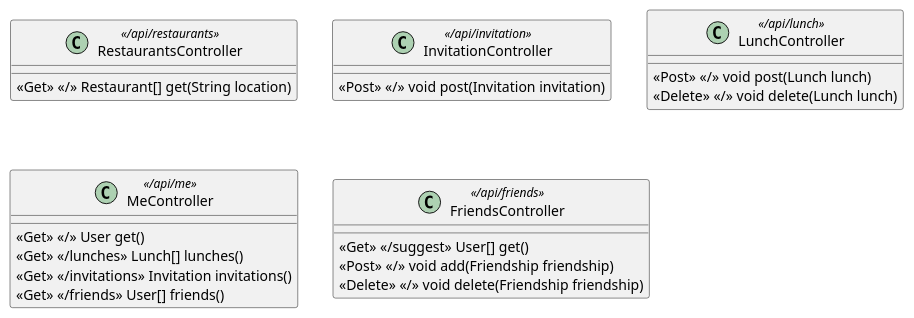
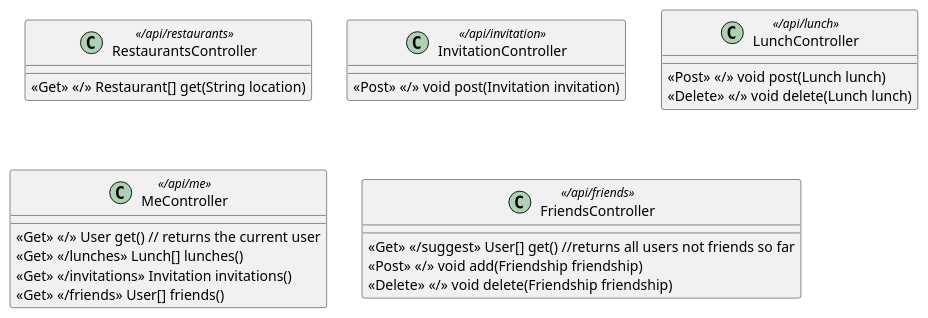
One commit to cherryAtJambit/lunch-scheduler-kotlinschulung changed the diagram in doc/Controller.puml. Above: the diagram before and after it, drawn with PlantUML. The commit also changed 25 other files, not shown here.

```diff
--- a/doc/Controller.puml
+++ b/doc/Controller.puml
@@ -1,29 +1,29 @@
 @startuml
 
 class RestaurantsController <</api/restaurants>> {
     <<Get>> <</>> Restaurant[] get(String location)
 }
 
 class InvitationController <</api/invitation>> {
     <<Post>> <</>> void post(Invitation invitation)
 }
 
 class LunchController <</api/lunch>> {
     <<Post>> <</>> void post(Lunch lunch)
     <<Delete>> <</>> void delete(Lunch lunch)
 }
 
 class MeController <</api/me>> {
-    <<Get>> <</>> User get()
+    <<Get>> <</>> User get() // returns the current user
     <<Get>> <</lunches>> Lunch[] lunches()
     <<Get>> <</invitations>> Invitation invitations()
     <<Get>> <</friends>> User[] friends()
 }
 
 class FriendsController <</api/friends>>{
-    <<Get>> <</suggest>> User[] get()
+    <<Get>> <</suggest>> User[] get() //returns all users not friends so far
     <<Post>> <</>> void add(Friendship friendship)
     <<Delete>> <</>> void delete(Friendship friendship)
 }
 
 @enduml
```
